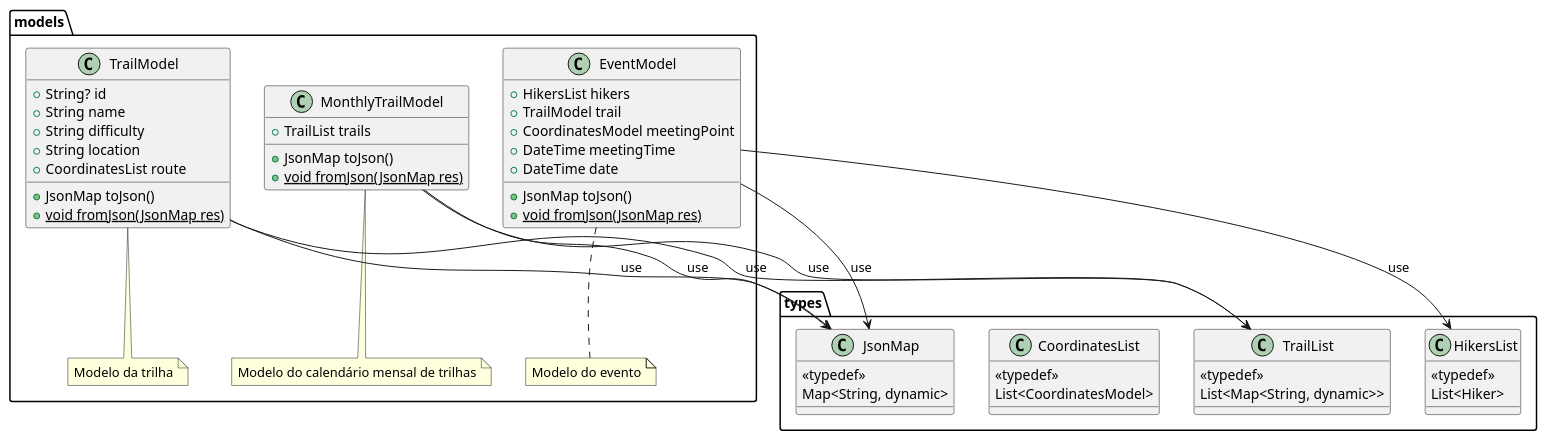
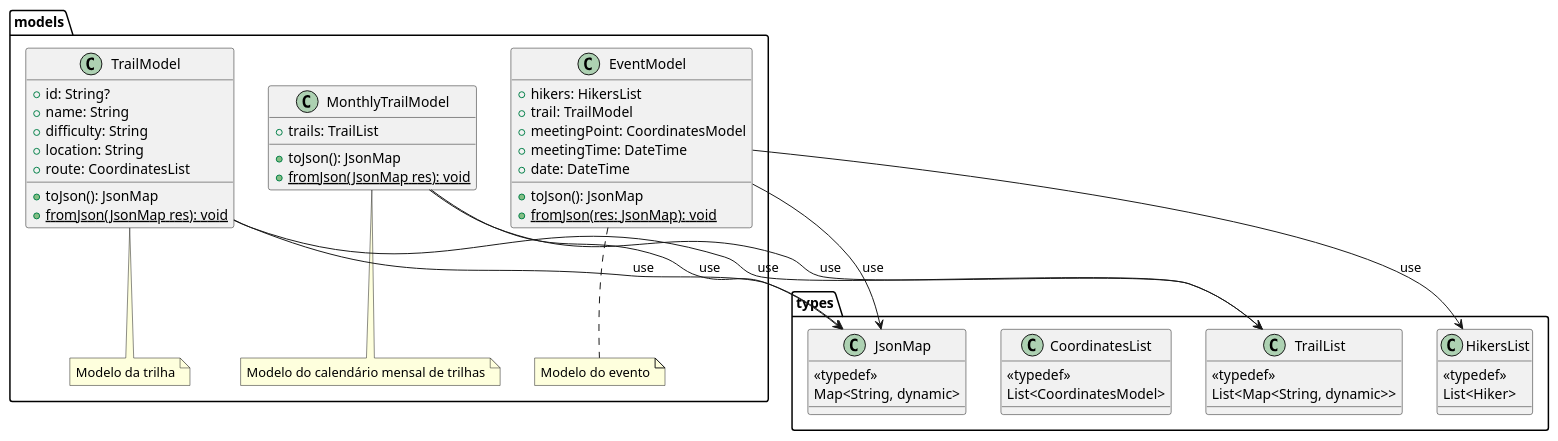
The diagram in docs/diagrams/src/pe_na_pedra_class_diagram_2.plantuml (tiagors09/pe_na_pedra), drawn with PlantUML before and after one commit. The commit also changed 8 other files, not shown here.

Commit message:
refactor: :recycle: refactor class diagram plantuml code

```diff
--- a/docs/diagrams/src/pe_na_pedra_class_diagram_2.plantuml
+++ b/docs/diagrams/src/pe_na_pedra_class_diagram_2.plantuml
@@ -1,69 +1,69 @@
 @startuml pe_na_pedra_class_diagram_2
 package types {
   class JsonMap {
     <<typedef>>
     Map<String, dynamic>
   }
 
   class TrailList {
     <<typedef>>
     List<Map<String, dynamic>>
   }
 
   class CoordinatesList {
     <<typedef>>
     List<CoordinatesModel>
   }
 
   class HikersList {
     <<typedef>>
     List<Hiker>
   }
 }
 
 package models {
   note "Modelo da trilha" as N3
   note "Modelo do calendário mensal de trilhas" as N4
   note "Modelo do evento" as N5
 
   class TrailModel {
-    + String? id
-    + String name
-    + String difficulty
-    + String location
-    + CoordinatesList route
-    + JsonMap toJson()
-    + {static} void fromJson(JsonMap res)
+    + id: String?
+    + name: String
+    + difficulty: String
+    + location: String
+    + route: CoordinatesList
+    + toJson(): JsonMap
+    + {static} fromJson(JsonMap res): void
   }
 
   class MonthlyTrailModel {
-    + TrailList trails
-    + JsonMap toJson()
-    + {static} void fromJson(JsonMap res)
+    + trails: TrailList
+    + toJson(): JsonMap
+    + {static} fromJson(JsonMap res): void
   }
 
   class EventModel {
-    + HikersList hikers
-    + TrailModel trail
-    + CoordinatesModel meetingPoint
-    + DateTime meetingTime
-    + DateTime date
-    + JsonMap toJson()
-    + {static} void fromJson(JsonMap res)
+    + hikers: HikersList
+    + trail: TrailModel
+    + meetingPoint: CoordinatesModel
+    + meetingTime: DateTime
+    + date: DateTime
+    + toJson(): JsonMap
+    + {static} fromJson(res: JsonMap): void
   }
 
   TrailModel .. N3
   MonthlyTrailModel .. N4
   EventModel .. N5
 
   EventModel --> JsonMap : use
   MonthlyTrailModel --> JsonMap : use
   TrailModel --> JsonMap : use
 
   MonthlyTrailModel --> TrailList : use
 
   TrailModel --> TrailList : use
 
   EventModel --> HikersList : use
 }
 @enduml
```
